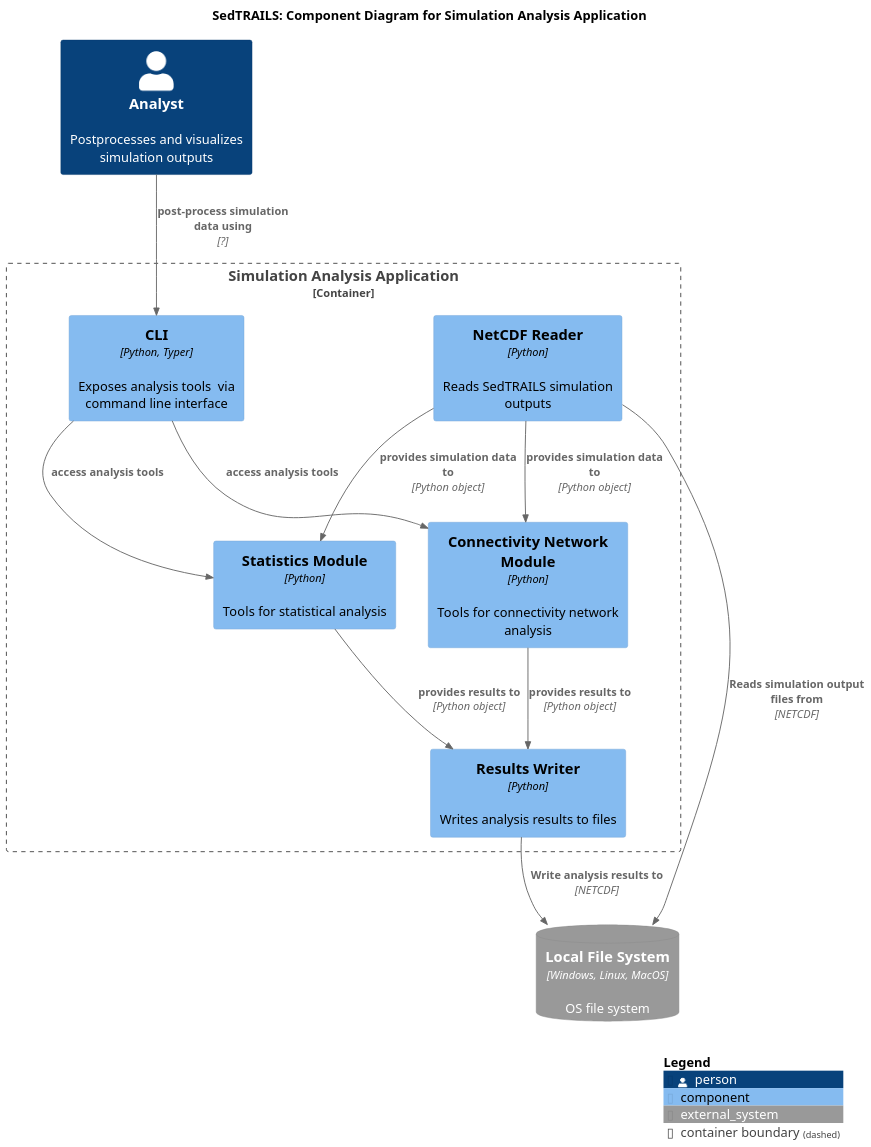
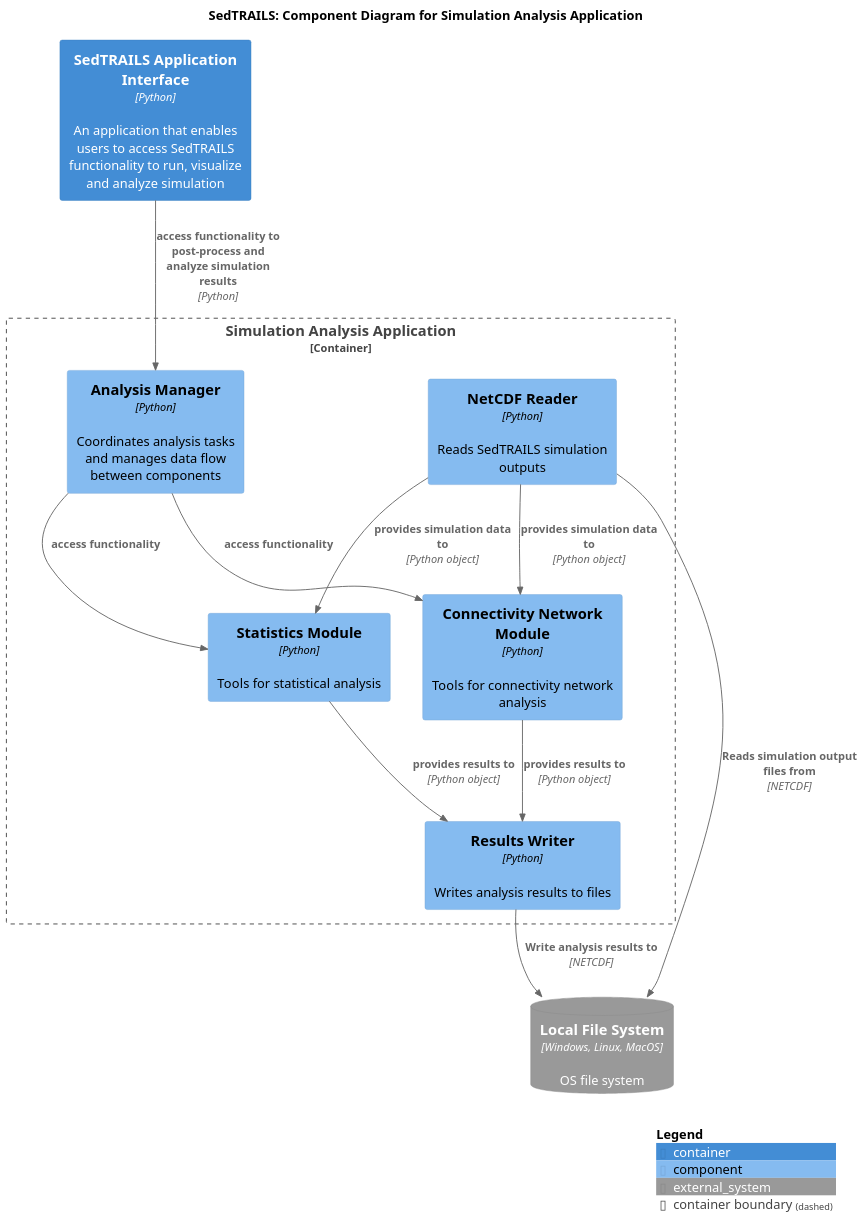
One commit to sgpearson17/sedtrails-sgp changed the diagram in diagrams/components-analysis-app.puml. Above: the diagram before and after it, drawn with PlantUML. The commit also changed 9 other files, not shown here.

Commit message:
docs: update component diagrams for SedTRAILS applications, enhancing descriptions and relationships

```diff
--- a/diagrams/components-analysis-app.puml
+++ b/diagrams/components-analysis-app.puml
@@ -1,35 +1,33 @@
 @startuml SedtrailComponentsAnalysis
 !include ./c4/C4_Component.puml
 
 ' LAYOUT_LANDSCAPE()
 
 title SedTRAILS: Component Diagram for Simulation Analysis Application
 scale 1.5
 
-Person(analyst, "Analyst", "Postprocesses and visualizes simulation outputs")
 
+Container(sedtrailsInterface, "SedTRAILS Application Interface", "Python", "An application that enables users to access SedTRAILS functionality to run, visualize and analyze simulation")
 SystemDb_Ext(fileSystem, "Local File System", "OS file system", $type="Windows, Linux, MacOS")
 
 Container_Boundary(analystApp, "Simulation Analysis Application", "Python", "An application to post-process simulation outputs and conduct statistical and connectivity network analyses"){
-
     Component(fileReader, "NetCDF Reader", "Python", "Reads SedTRAILS simulation outputs")
     Component(fileWriter, "Results Writer", "Python", "Writes analysis results to files")
     Component(statistics, "Statistics Module", "Python", "Tools for statistical analysis")
     Component(connectivity, "Connectivity Network Module", "Python", "Tools for connectivity network analysis")
-    Component(cli, "CLI", "Python, Typer", "Exposes analysis tools  via command line interface")
+    Component(analysisManager, "Analysis Manager", "Python", "Coordinates analysis tasks and manages data flow between components")
 
     Rel(fileReader, statistics, "provides simulation data to", "Python object")
     Rel(fileReader, connectivity, "provides simulation data to", "Python object")   
     Rel(connectivity, fileWriter, "provides results to", "Python object")
     Rel(statistics, fileWriter, "provides results to", "Python object")
 }
 
-
 Rel(fileReader, fileSystem, "Reads simulation output files from", "NETCDF")
 Rel(fileWriter, fileSystem , "Write analysis results to", "NETCDF")
-Rel(analyst, cli, "post-process simulation data using", "?")
-Rel(cli, statistics, "access analysis tools",)
-Rel(cli, connectivity, "access analysis tools",)
+Rel(sedtrailsInterface, analysisManager, "access functionality to post-process and analyze simulation results", "Python")
+Rel(analysisManager, statistics, "access functionality",)
+Rel(analysisManager, connectivity, "access functionality",)
 
 SHOW_LEGEND()
 @enduml
```
